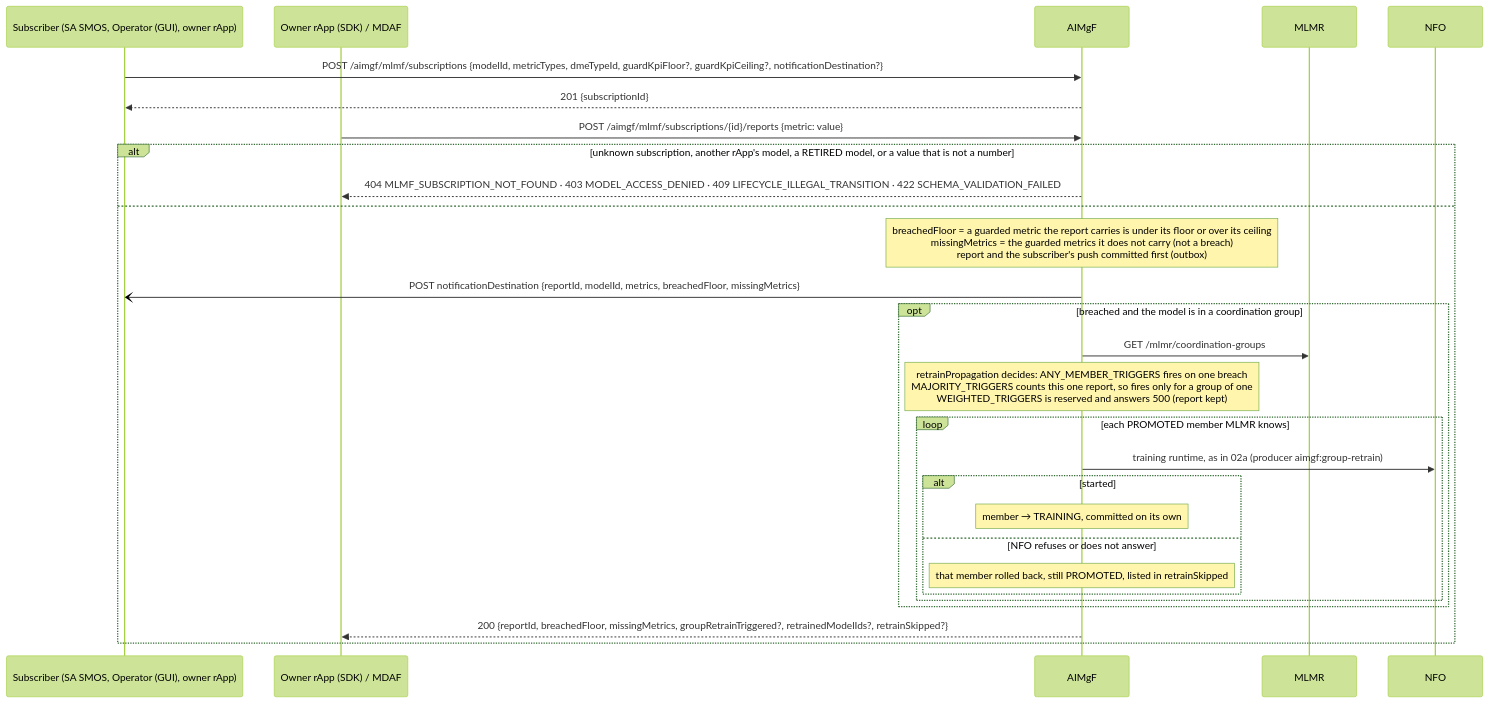
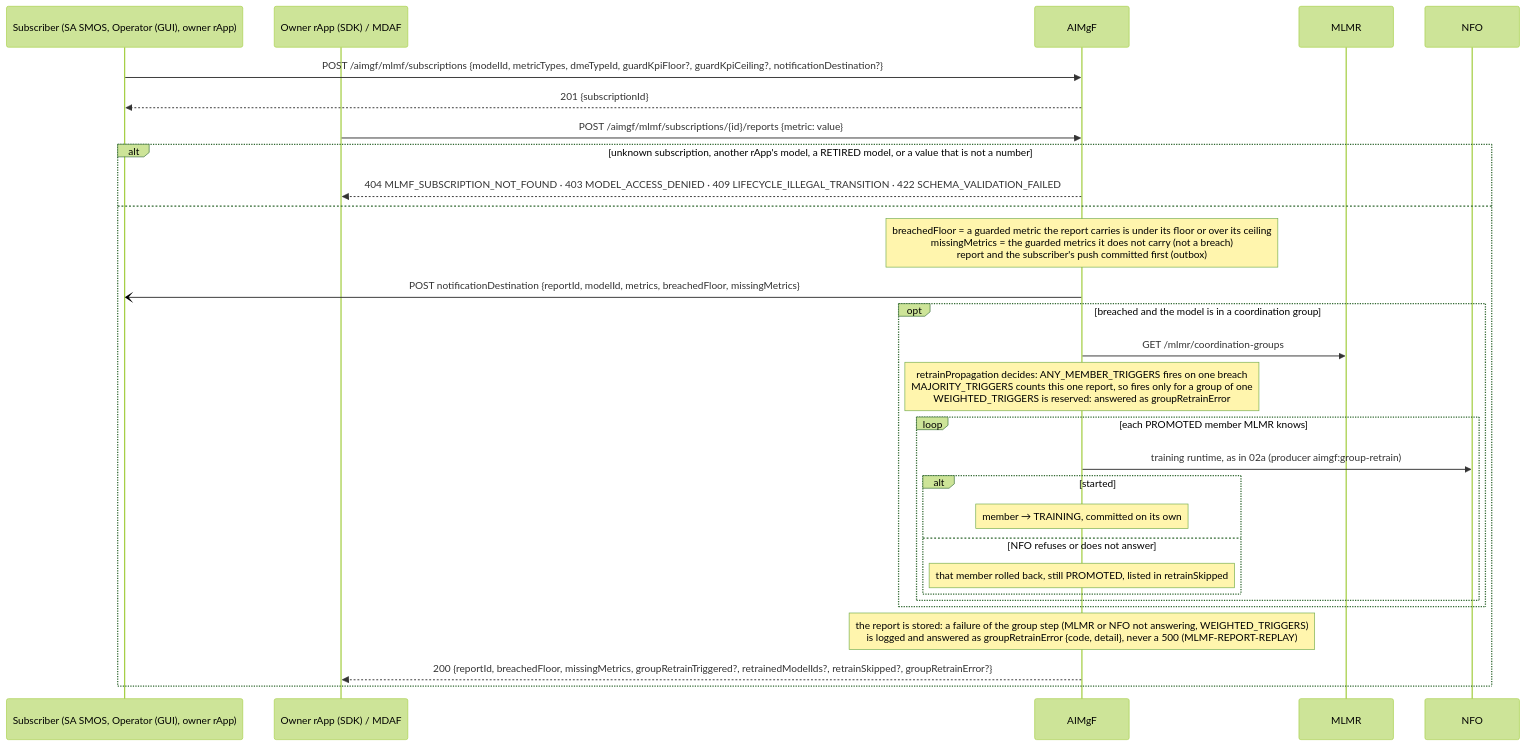
The seventh of 7 diagrams in smo/docs/call-flows/02-aiml-model-train-to-inference.md (rsys-bshankar/ai-ran-smo), drawn with Mermaid (forest theme) before and after one commit. The commit also changed other lines of this file and 15 other files, not shown here.

First line of the commit message:
AIMgF: a stored MLMF report answers 200 whatever its group retrain does (MLMF-REPORT-REPLAY)

````diff
--- a/smo/docs/call-flows/02-aiml-model-train-to-inference.md
+++ b/smo/docs/call-flows/02-aiml-model-train-to-inference.md
@@ -264,32 +264,33 @@
 ```mermaid
 sequenceDiagram
     participant S as Subscriber (SA SMOS, Operator (GUI), owner rApp)
     participant P as Owner rApp (SDK) / MDAF
     participant AIM as AIMgF
     participant MLMR as MLMR
     participant NFO as NFO
 
     S->>AIM: POST /aimgf/mlmf/subscriptions {modelId, metricTypes, dmeTypeId, guardKpiFloor?, guardKpiCeiling?, notificationDestination?}
     AIM-->>S: 201 {subscriptionId}
 
     P->>AIM: POST /aimgf/mlmf/subscriptions/{id}/reports {metric: value}
     alt unknown subscription, another rApp's model, a RETIRED model, or a value that is not a number
         AIM-->>P: 404 MLMF_SUBSCRIPTION_NOT_FOUND · 403 MODEL_ACCESS_DENIED · 409 LIFECYCLE_ILLEGAL_TRANSITION · 422 SCHEMA_VALIDATION_FAILED
     else
         Note over AIM: breachedFloor = a guarded metric the report carries is under its floor or over its ceiling<br/>missingMetrics = the guarded metrics it does not carry (not a breach)<br/>report and the subscriber's push committed first (outbox)
         AIM-)S: POST notificationDestination {reportId, modelId, metrics, breachedFloor, missingMetrics}
         opt breached and the model is in a coordination group
             AIM->>MLMR: GET /mlmr/coordination-groups
-            Note over AIM: retrainPropagation decides: ANY_MEMBER_TRIGGERS fires on one breach<br/>MAJORITY_TRIGGERS counts this one report, so fires only for a group of one<br/>WEIGHTED_TRIGGERS is reserved and answers 500 (report kept)
+            Note over AIM: retrainPropagation decides: ANY_MEMBER_TRIGGERS fires on one breach<br/>MAJORITY_TRIGGERS counts this one report, so fires only for a group of one<br/>WEIGHTED_TRIGGERS is reserved: answered as groupRetrainError
             loop each PROMOTED member MLMR knows
                 AIM->>NFO: training runtime, as in 02a (producer aimgf:group-retrain)
                 alt started
                     Note over AIM: member → TRAINING, committed on its own
                 else NFO refuses or does not answer
                     Note over AIM: that member rolled back, still PROMOTED, listed in retrainSkipped
                 end
             end
         end
-        AIM-->>P: 200 {reportId, breachedFloor, missingMetrics, groupRetrainTriggered?, retrainedModelIds?, retrainSkipped?}
+        Note over AIM: the report is stored: a failure of the group step (MLMR or NFO not answering, WEIGHTED_TRIGGERS)<br/>is logged and answered as groupRetrainError {code, detail}, never a 500 (MLMF-REPORT-REPLAY)
+        AIM-->>P: 200 {reportId, breachedFloor, missingMetrics, groupRetrainTriggered?, retrainedModelIds?, retrainSkipped?, groupRetrainError?}
     end
 ```
````
